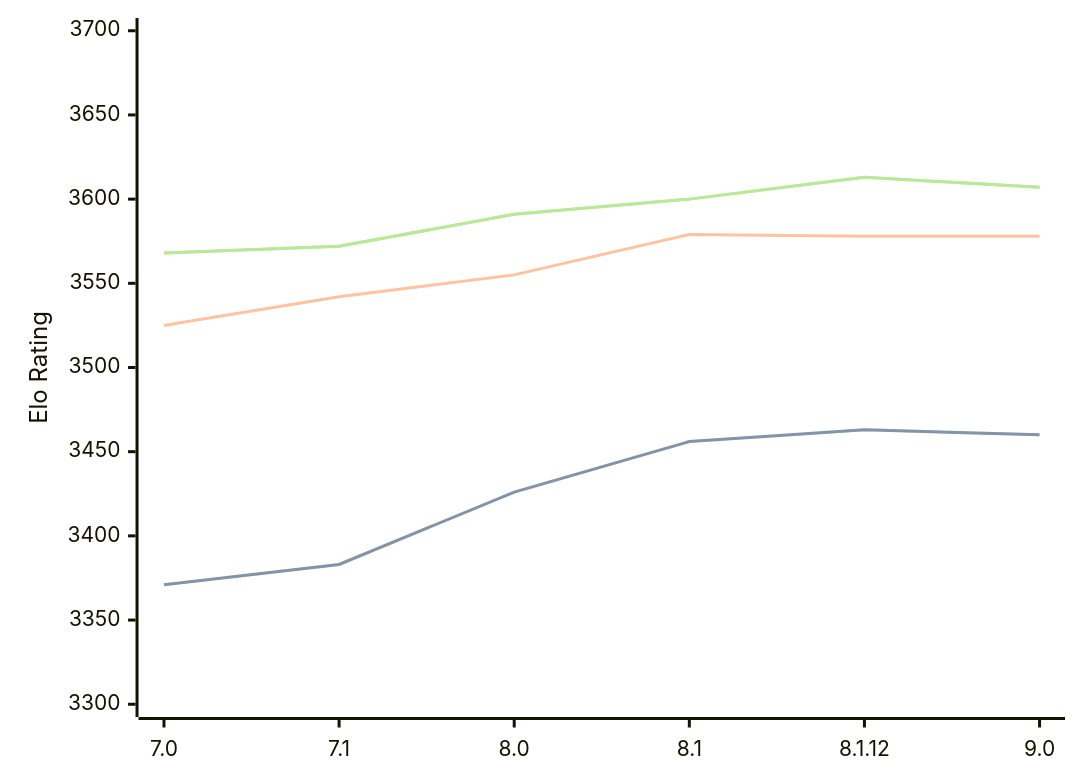
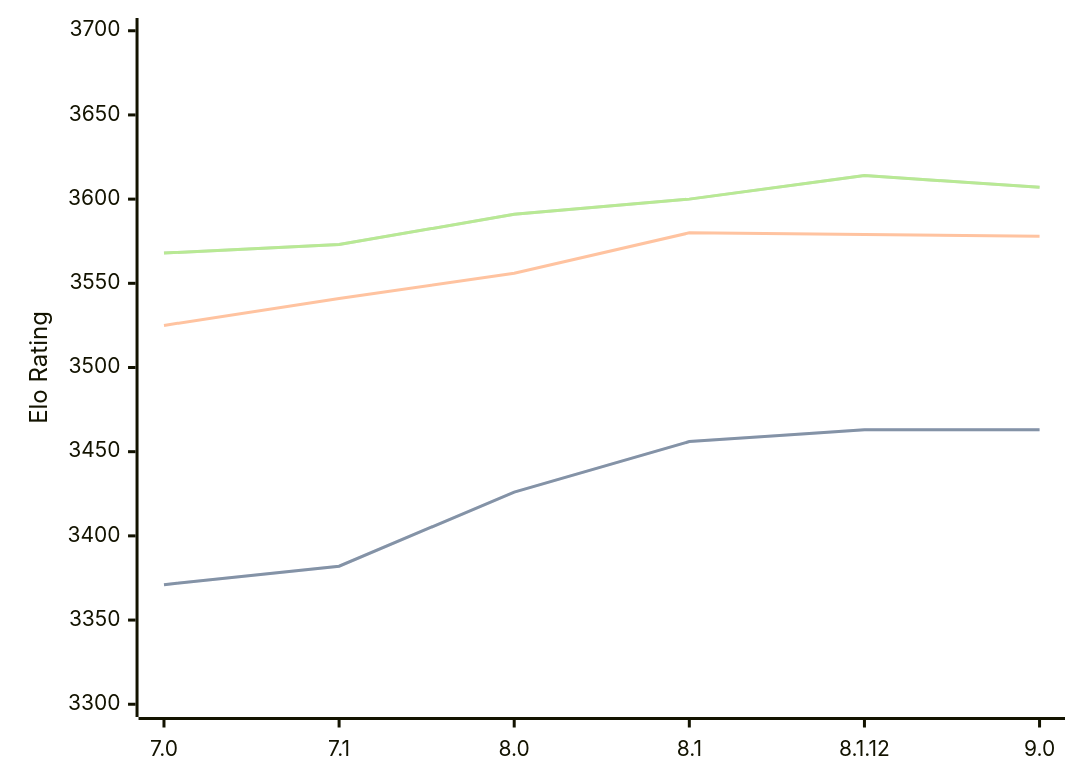
One commit to computer-chess-index/cci changed the diagram in engines/Alexandria.md. Above: the diagram before and after it, drawn with Mermaid. The commit also changed other lines of this file, not shown here.

Commit message:
Update CCI Ratings (ELO VLTC) - 2026-03-12

````diff
--- a/engines/Alexandria.md
+++ b/engines/Alexandria.md
@@ -53,11 +53,11 @@
 ```mermaid
 %%{init: {"theme":"base","themeVariables":{"seriesColors:['#a3a3a3','#222221','#faa371']}}}%%
 xychart-beta
   x-axis ["7.0", "7.1", "8.0", "8.1", "8.1.12", "9.0"]
   y-axis "Elo Rating" 3300 --> 3700
-  line "STC (8.0+0.08s)" [3371, 3383, 3426, 3456, 3463, 3460]
-  line "STC (8.0+0.08s)" [3371, 3383, 3426, 3456, 3463, 3460]
-  line "LTC (60.0+0.60s)" [3525, 3542, 3555, 3579, 3578, 3578]
-  line "VLTC (2m24s+1.12s)" [3568, 3572, 3591, 3600, 3613, 3607]
-  line "VLTC (2m24s+1.12s)" [3568, 3572, 3591, 3600, 3613, 3607]
+  line "STC (8.0+0.08s)" [3371, 3382, 3426, 3456, 3463, 3463]
+  line "STC (8.0+0.08s)" [3371, 3382, 3426, 3456, 3463, 3463]
+  line "LTC (60.0+0.60s)" [3525, 3541, 3556, 3580, 3579, 3578]
+  line "VLTC (2m24s+1.12s)" [3568, 3573, 3591, 3600, 3614, 3607]
+  line "VLTC (2m24s+1.12s)" [3568, 3573, 3591, 3600, 3614, 3607]
 ```
````
